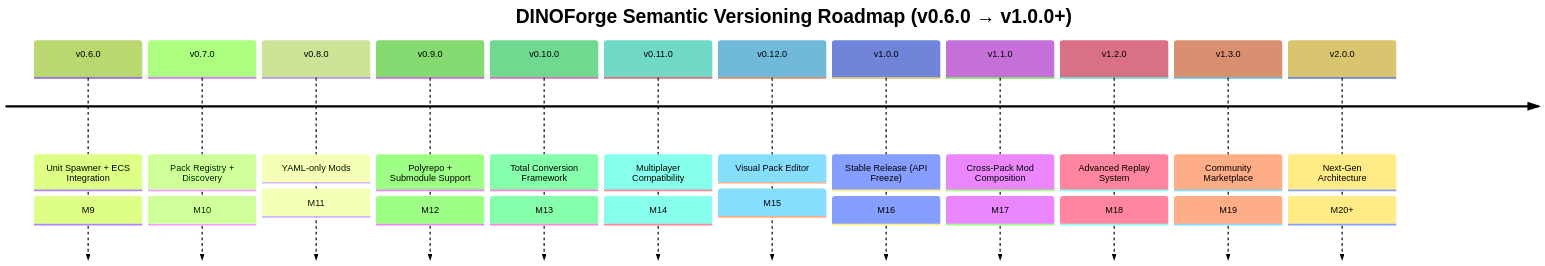
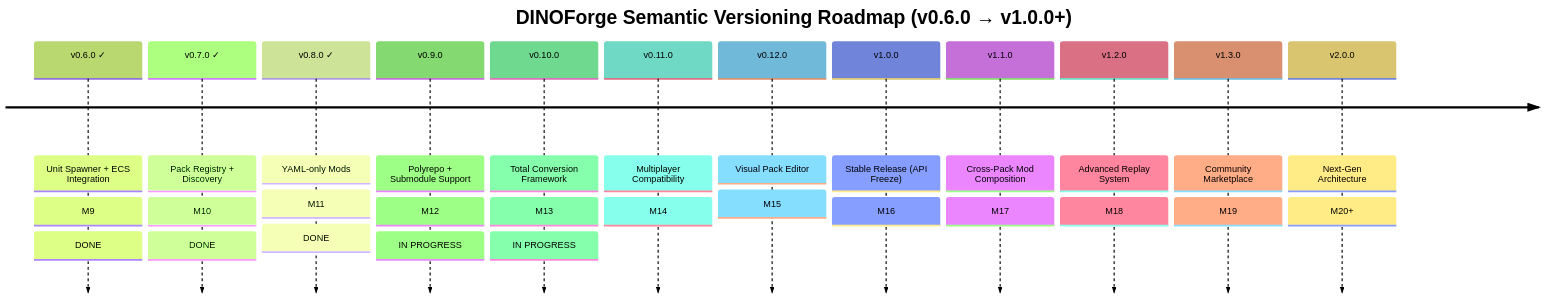
The first of 2 diagrams in docs/ROADMAP.md (KooshaPari/Dino), drawn with Mermaid (forest theme) before and after one commit. The commit also changed other lines of this file and 12 other files, not shown here.

First line of the commit message:
feat: M12 polyrepo + M13 total conversion framework + docs update

````diff
--- a/docs/ROADMAP.md
+++ b/docs/ROADMAP.md
@@ -15,17 +15,17 @@
 ```mermaid
 timeline
     title DINOForge Semantic Versioning Roadmap (v0.6.0 → v1.0.0+)
 
-    v0.6.0 : Unit Spawner + ECS Integration : M9
-    v0.7.0 : Pack Registry + Discovery : M10
-    v0.8.0 : YAML-only Mods : M11
-    v0.9.0 : Polyrepo + Submodule Support : M12
-    v0.10.0 : Total Conversion Framework : M13
+    v0.6.0 ✓ : Unit Spawner + ECS Integration : M9 : DONE
+    v0.7.0 ✓ : Pack Registry + Discovery : M10 : DONE
+    v0.8.0 ✓ : YAML-only Mods : M11 : DONE
+    v0.9.0 : Polyrepo + Submodule Support : M12 : IN PROGRESS
+    v0.10.0 : Total Conversion Framework : M13 : IN PROGRESS
     v0.11.0 : Multiplayer Compatibility : M14
     v0.12.0 : Visual Pack Editor : M15
     v1.0.0 : Stable Release (API Freeze) : M16
     v1.1.0 : Cross-Pack Mod Composition : M17
     v1.2.0 : Advanced Replay System : M18
     v1.3.0 : Community Marketplace : M19
     v2.0.0 : Next-Gen Architecture : M20+
 ```
````
